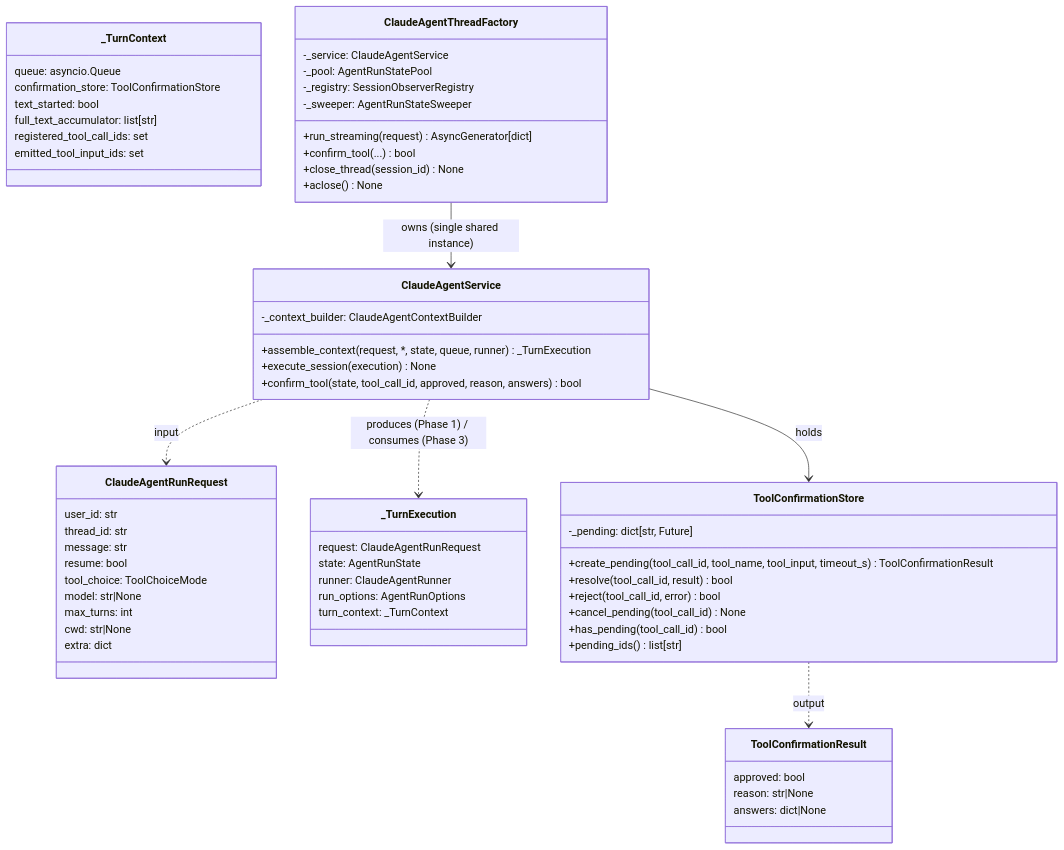
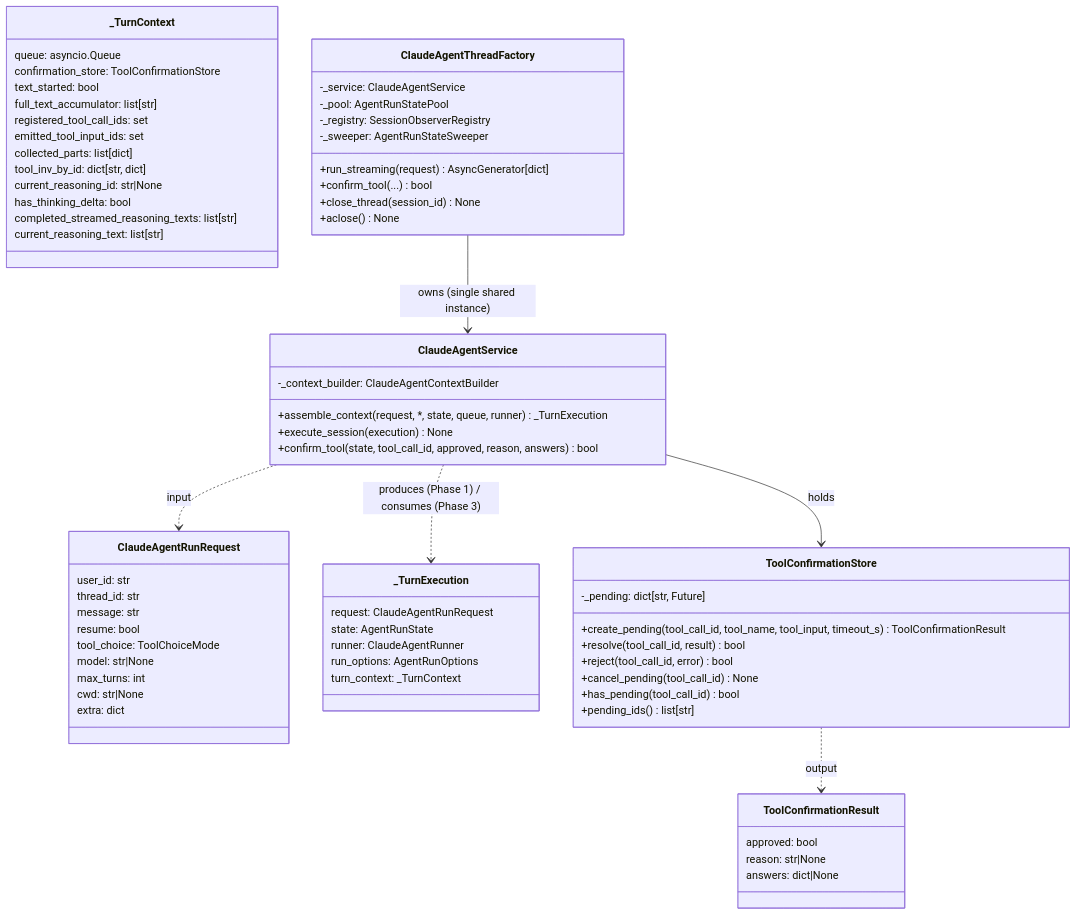
Before and after one commit to glide-the/im-dream: the first of 4 diagrams in docs/design/claude-agent/claude-agent-service-design.md, drawn with Mermaid. The commit also changed other lines of this file and 6 other files, not shown here.

````diff
--- a/docs/design/claude-agent/claude-agent-service-design.md
+++ b/docs/design/claude-agent/claude-agent-service-design.md
@@ -45,71 +46,77 @@
 ```mermaid
 classDiagram
     class ClaudeAgentRunRequest {
         user_id: str
         thread_id: str
         message: str
         resume: bool
         tool_choice: ToolChoiceMode
         model: str|None
         max_turns: int
         cwd: str|None
         extra: dict
     }
 
     class ClaudeAgentService {
         -_context_builder: ClaudeAgentContextBuilder
         +assemble_context(request, *, state, queue, runner) _TurnExecution
         +execute_session(execution) None
         +confirm_tool(state, tool_call_id, approved, reason, answers) bool
     }
 
     class _TurnExecution {
         request: ClaudeAgentRunRequest
         state: AgentRunState
         runner: ClaudeAgentRunner
         run_options: AgentRunOptions
         turn_context: _TurnContext
     }
 
     class _TurnContext {
         queue: asyncio.Queue
         confirmation_store: ToolConfirmationStore
         text_started: bool
         full_text_accumulator: list[str]
         registered_tool_call_ids: set
         emitted_tool_input_ids: set
+        collected_parts: list[dict]
+        tool_inv_by_id: dict[str, dict]
+        current_reasoning_id: str|None
+        has_thinking_delta: bool
+        completed_streamed_reasoning_texts: list[str]
+        current_reasoning_text: list[str]
     }
 
     class ClaudeAgentThreadFactory {
         -_service: ClaudeAgentService
         -_pool: AgentRunStatePool
         -_registry: SessionObserverRegistry
         -_sweeper: AgentRunStateSweeper
         +run_streaming(request) AsyncGenerator[dict]
         +confirm_tool(...) bool
         +close_thread(session_id) None
         +aclose() None
     }
 
     class ToolConfirmationStore {
         -_pending: dict[str, Future]
         +create_pending(tool_call_id, tool_name, tool_input, timeout_s) ToolConfirmationResult
         +resolve(tool_call_id, result) bool
         +reject(tool_call_id, error) bool
         +cancel_pending(tool_call_id) None
         +has_pending(tool_call_id) bool
         +pending_ids() list[str]
     }
 
     class ToolConfirmationResult {
         approved: bool
         reason: str|None
         answers: dict|None
     }
 
     ClaudeAgentThreadFactory --> ClaudeAgentService : owns (single shared instance)
     ClaudeAgentService --> ToolConfirmationStore : holds
     ClaudeAgentService ..> _TurnExecution : produces (Phase 1) / consumes (Phase 3)
     ClaudeAgentService ..> ClaudeAgentRunRequest : input
     ToolConfirmationStore ..> ToolConfirmationResult : output
 ```
````
